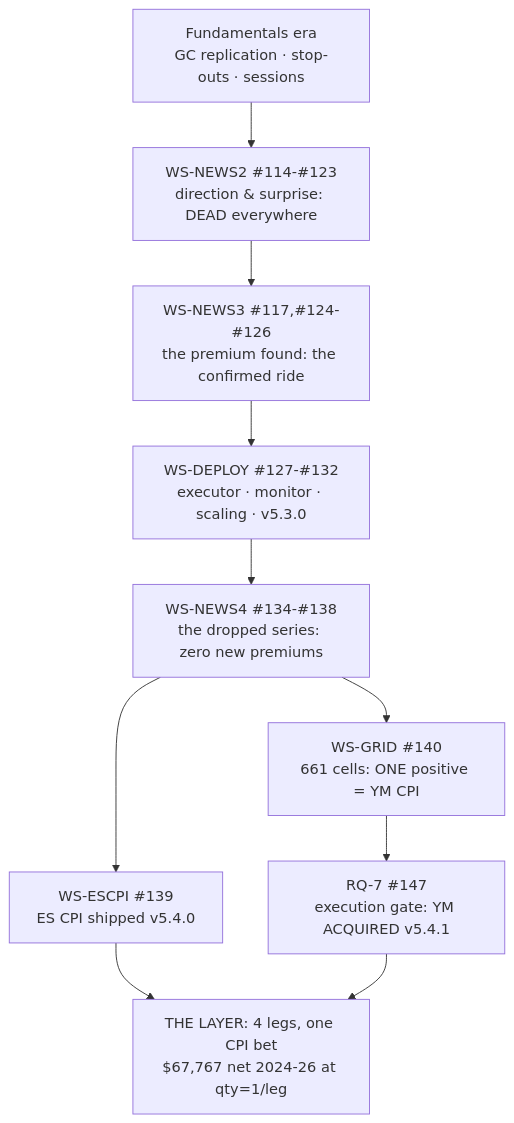
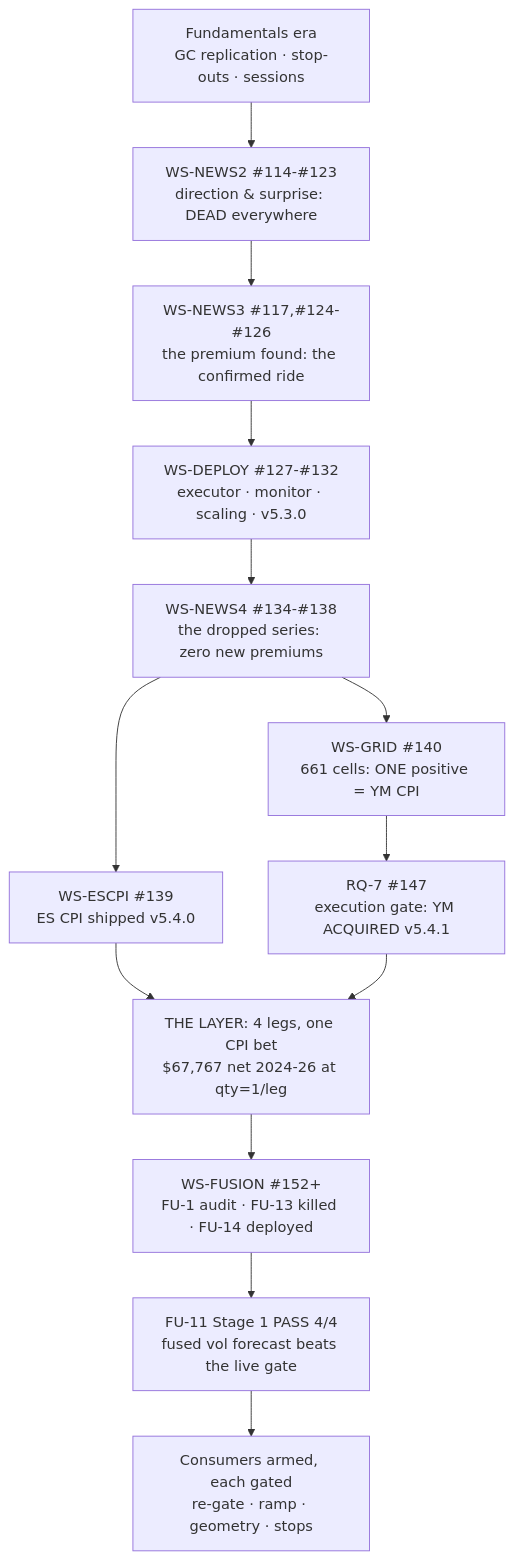
Before and after one commit to mulhamfetna/trading-strategy-finder: the diagram in docs/NEWS-MASTER-EXPERIMENT-RECORD.md, drawn with Mermaid. The commit also changed other lines of this file, not shown here.

Commit message:
Master record current: header 44/44, fusion arc in diagram, programme-state closing section

````diff
--- a/docs/NEWS-MASTER-EXPERIMENT-RECORD.md
+++ b/docs/NEWS-MASTER-EXPERIMENT-RECORD.md
@@ -12,12 +14,15 @@
 ```mermaid
 flowchart TD
   A[Fundamentals era\nGC replication · stop-outs · sessions] --> B[WS-NEWS2 #114-#123\ndirection & surprise: DEAD everywhere]
   B --> C[WS-NEWS3 #117,#124-#126\nthe premium found: the confirmed ride]
   C --> D[WS-DEPLOY #127-#132\nexecutor · monitor · scaling · v5.3.0]
   D --> E[WS-NEWS4 #134-#138\nthe dropped series: zero new premiums]
   E --> F[WS-ESCPI #139\nES CPI shipped v5.4.0]
   E --> G[WS-GRID #140\n661 cells: ONE positive = YM CPI]
   G --> H[RQ-7 #147\nexecution gate: YM ACQUIRED v5.4.1]
   F --> I[THE LAYER: 4 legs, one CPI bet\n$67,767 net 2024-26 at qty=1/leg]
   H --> I
+  I --> J[WS-FUSION #152+\nFU-1 audit · FU-13 killed · FU-14 deployed]
+  J --> K[FU-11 Stage 1 PASS 4/4\nfused vol forecast beats the live gate]
+  K --> L[Consumers armed, each gated\nre-gate · ramp · geometry · stops]
 ```
````
